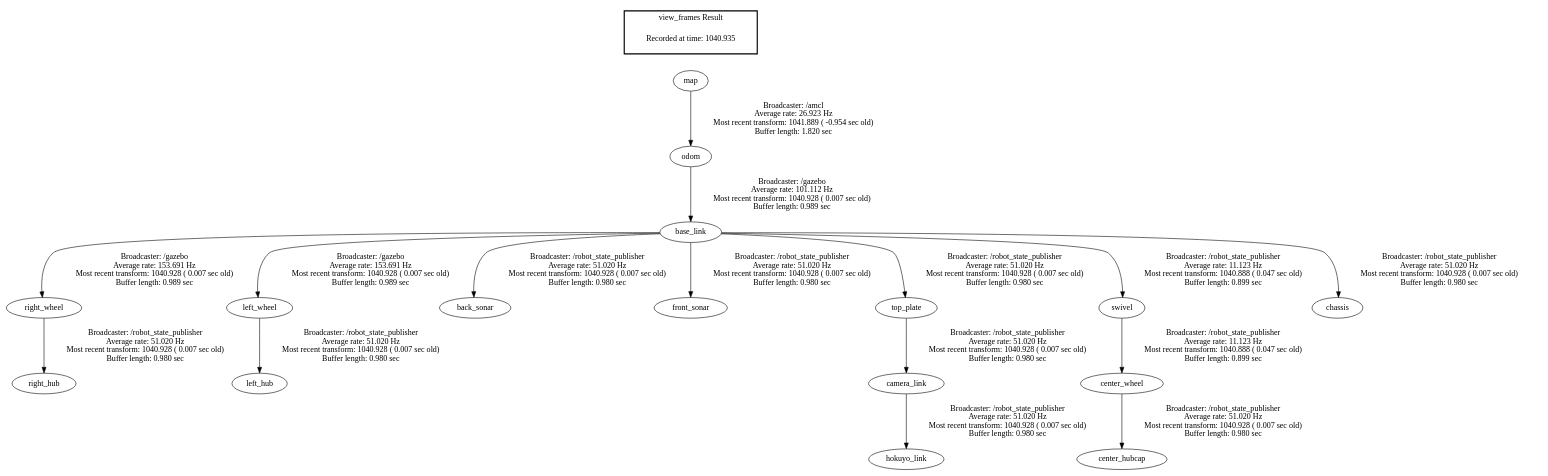
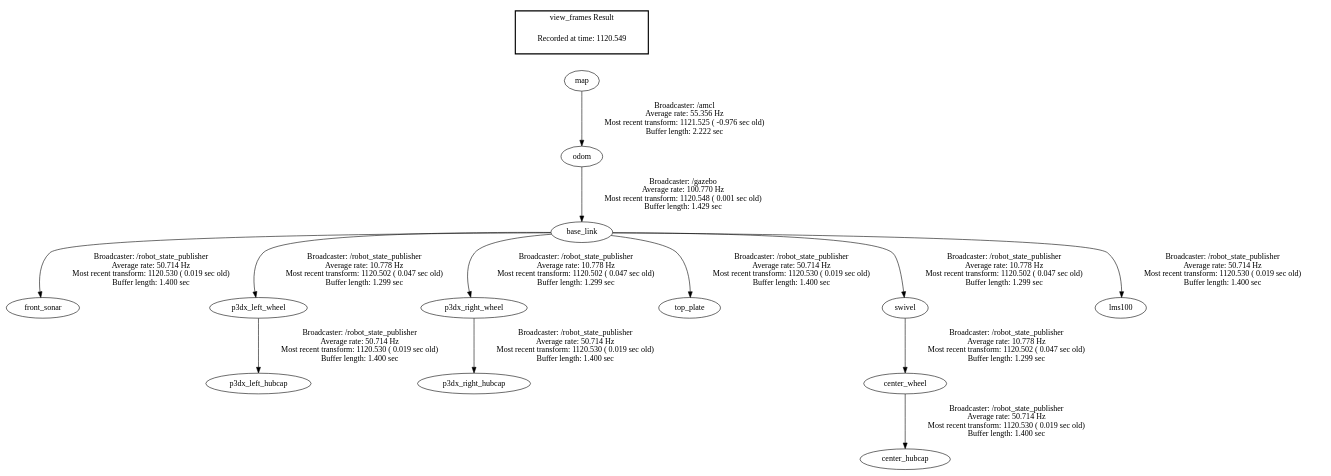
Before and after one commit to w4k7pwr/master_thesis: the diagram in ROS_MotionPlanning_ObstacleDetection/frames.gv, drawn with Graphviz. The commit also changed 188 other files, not shown here.

Commit message:
Ros base local planner working with 1 robot

```diff
--- a/ROS_MotionPlanning_ObstacleDetection/frames.gv
+++ b/ROS_MotionPlanning_ObstacleDetection/frames.gv
@@ -1,21 +1,18 @@
 digraph G {
-"odom" -> "base_link"[label="Broadcaster: /gazebo\nAverage rate: 101.112 Hz\nMost recent transform: 1040.928 ( 0.007 sec old)\nBuffer length: 0.989 sec\n"];
-"map" -> "odom"[label="Broadcaster: /amcl\nAverage rate: 26.923 Hz\nMost recent transform: 1041.889 ( -0.954 sec old)\nBuffer length: 1.820 sec\n"];
-"base_link" -> "right_wheel"[label="Broadcaster: /gazebo\nAverage rate: 153.691 Hz\nMost recent transform: 1040.928 ( 0.007 sec old)\nBuffer length: 0.989 sec\n"];
-"base_link" -> "left_wheel"[label="Broadcaster: /gazebo\nAverage rate: 153.691 Hz\nMost recent transform: 1040.928 ( 0.007 sec old)\nBuffer length: 0.989 sec\n"];
-"base_link" -> "back_sonar"[label="Broadcaster: /robot_state_publisher\nAverage rate: 51.020 Hz\nMost recent transform: 1040.928 ( 0.007 sec old)\nBuffer length: 0.980 sec\n"];
-"base_link" -> "front_sonar"[label="Broadcaster: /robot_state_publisher\nAverage rate: 51.020 Hz\nMost recent transform: 1040.928 ( 0.007 sec old)\nBuffer length: 0.980 sec\n"];
-"base_link" -> "top_plate"[label="Broadcaster: /robot_state_publisher\nAverage rate: 51.020 Hz\nMost recent transform: 1040.928 ( 0.007 sec old)\nBuffer length: 0.980 sec\n"];
-"top_plate" -> "camera_link"[label="Broadcaster: /robot_state_publisher\nAverage rate: 51.020 Hz\nMost recent transform: 1040.928 ( 0.007 sec old)\nBuffer length: 0.980 sec\n"];
-"center_wheel" -> "center_hubcap"[label="Broadcaster: /robot_state_publisher\nAverage rate: 51.020 Hz\nMost recent transform: 1040.928 ( 0.007 sec old)\nBuffer length: 0.980 sec\n"];
-"swivel" -> "center_wheel"[label="Broadcaster: /robot_state_publisher\nAverage rate: 11.123 Hz\nMost recent transform: 1040.888 ( 0.047 sec old)\nBuffer length: 0.899 sec\n"];
-"base_link" -> "chassis"[label="Broadcaster: /robot_state_publisher\nAverage rate: 51.020 Hz\nMost recent transform: 1040.928 ( 0.007 sec old)\nBuffer length: 0.980 sec\n"];
-"camera_link" -> "hokuyo_link"[label="Broadcaster: /robot_state_publisher\nAverage rate: 51.020 Hz\nMost recent transform: 1040.928 ( 0.007 sec old)\nBuffer length: 0.980 sec\n"];
-"left_wheel" -> "left_hub"[label="Broadcaster: /robot_state_publisher\nAverage rate: 51.020 Hz\nMost recent transform: 1040.928 ( 0.007 sec old)\nBuffer length: 0.980 sec\n"];
-"right_wheel" -> "right_hub"[label="Broadcaster: /robot_state_publisher\nAverage rate: 51.020 Hz\nMost recent transform: 1040.928 ( 0.007 sec old)\nBuffer length: 0.980 sec\n"];
-"base_link" -> "swivel"[label="Broadcaster: /robot_state_publisher\nAverage rate: 11.123 Hz\nMost recent transform: 1040.888 ( 0.047 sec old)\nBuffer length: 0.899 sec\n"];
+"map" -> "odom"[label="Broadcaster: /amcl\nAverage rate: 55.356 Hz\nMost recent transform: 1121.525 ( -0.976 sec old)\nBuffer length: 2.222 sec\n"];
+"odom" -> "base_link"[label="Broadcaster: /gazebo\nAverage rate: 100.770 Hz\nMost recent transform: 1120.548 ( 0.001 sec old)\nBuffer length: 1.429 sec\n"];
+"base_link" -> "front_sonar"[label="Broadcaster: /robot_state_publisher\nAverage rate: 50.714 Hz\nMost recent transform: 1120.530 ( 0.019 sec old)\nBuffer length: 1.400 sec\n"];
+"p3dx_left_wheel" -> "p3dx_left_hubcap"[label="Broadcaster: /robot_state_publisher\nAverage rate: 50.714 Hz\nMost recent transform: 1120.530 ( 0.019 sec old)\nBuffer length: 1.400 sec\n"];
+"base_link" -> "p3dx_left_wheel"[label="Broadcaster: /robot_state_publisher\nAverage rate: 10.778 Hz\nMost recent transform: 1120.502 ( 0.047 sec old)\nBuffer length: 1.299 sec\n"];
+"p3dx_right_wheel" -> "p3dx_right_hubcap"[label="Broadcaster: /robot_state_publisher\nAverage rate: 50.714 Hz\nMost recent transform: 1120.530 ( 0.019 sec old)\nBuffer length: 1.400 sec\n"];
+"base_link" -> "p3dx_right_wheel"[label="Broadcaster: /robot_state_publisher\nAverage rate: 10.778 Hz\nMost recent transform: 1120.502 ( 0.047 sec old)\nBuffer length: 1.299 sec\n"];
+"base_link" -> "top_plate"[label="Broadcaster: /robot_state_publisher\nAverage rate: 50.714 Hz\nMost recent transform: 1120.530 ( 0.019 sec old)\nBuffer length: 1.400 sec\n"];
+"center_wheel" -> "center_hubcap"[label="Broadcaster: /robot_state_publisher\nAverage rate: 50.714 Hz\nMost recent transform: 1120.530 ( 0.019 sec old)\nBuffer length: 1.400 sec\n"];
+"swivel" -> "center_wheel"[label="Broadcaster: /robot_state_publisher\nAverage rate: 10.778 Hz\nMost recent transform: 1120.502 ( 0.047 sec old)\nBuffer length: 1.299 sec\n"];
+"base_link" -> "lms100"[label="Broadcaster: /robot_state_publisher\nAverage rate: 50.714 Hz\nMost recent transform: 1120.530 ( 0.019 sec old)\nBuffer length: 1.400 sec\n"];
+"base_link" -> "swivel"[label="Broadcaster: /robot_state_publisher\nAverage rate: 10.778 Hz\nMost recent transform: 1120.502 ( 0.047 sec old)\nBuffer length: 1.299 sec\n"];
 edge [style=invis];
  subgraph cluster_legend { style=bold; color=black; label ="view_frames Result";
-"Recorded at time: 1040.935"[ shape=plaintext ] ;
+"Recorded at time: 1120.549"[ shape=plaintext ] ;
  }->"map";
 }
```
